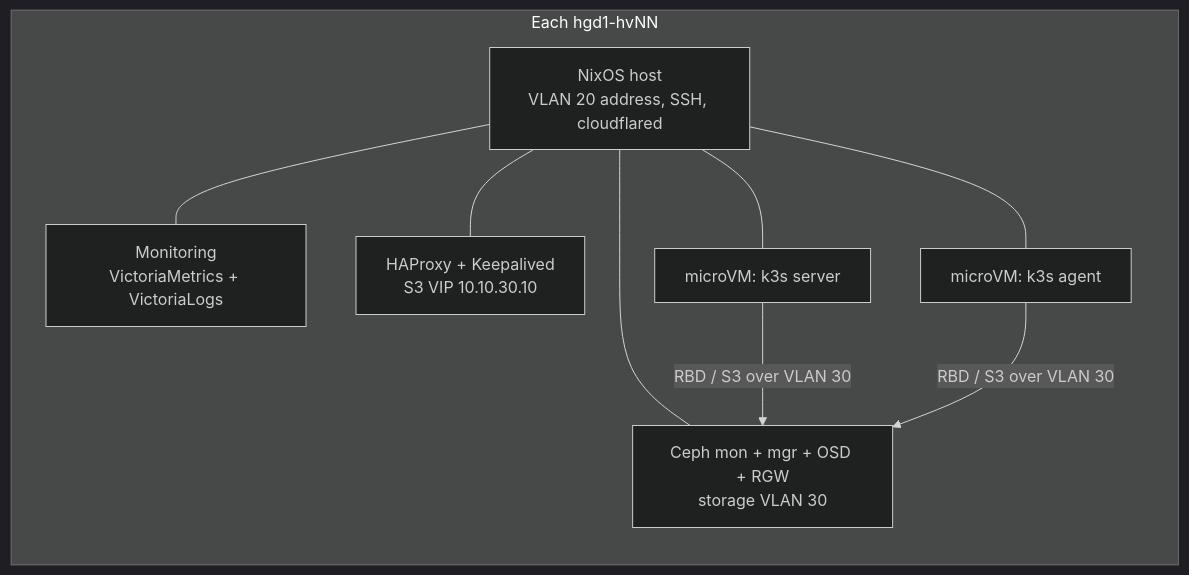
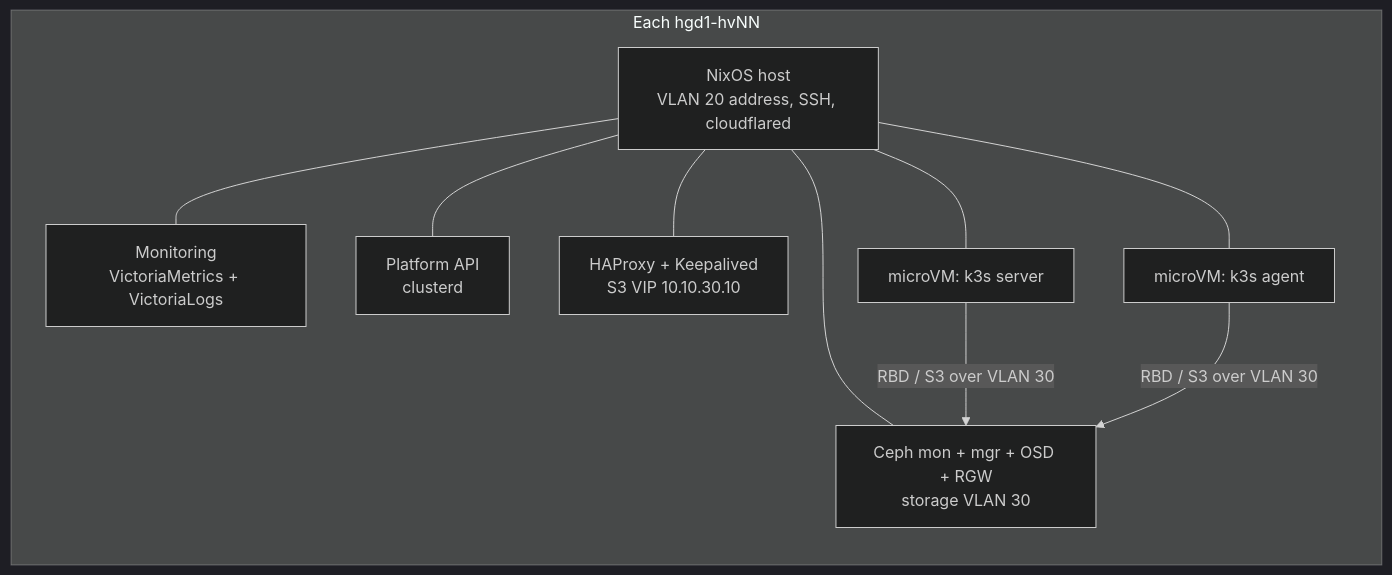
One commit to jurrebuunk/nix-cluster changed the diagram in docs/concepts/index.md. Above: the diagram before and after it, drawn with Mermaid (dark theme). The commit also changed other lines of this file and 29 other files, not shown here.

First line of the commit message:
Docs: Platform API, CLI and web UI (step 9); drop steps 6 and 8

````diff
--- a/docs/concepts/index.md
+++ b/docs/concepts/index.md
@@ -51,19 +51,21 @@
 ```mermaid
 flowchart TB
   subgraph node [Each hgd1-hvNN]
     direction TB
     os[NixOS host<br/>VLAN 20 address, SSH, cloudflared]
     ceph[Ceph mon + mgr + OSD + RGW<br/>storage VLAN 30]
     s3[HAProxy + Keepalived<br/>S3 VIP 10.10.30.10]
     vm1[microVM: k3s server]
     vm2[microVM: k3s agent]
     mon[Monitoring<br/>VictoriaMetrics + VictoriaLogs]
+    api[Platform API<br/>clusterd]
     os --- mon
+    os --- api
     os --- ceph
     os --- s3
     os --- vm1
     os --- vm2
   end
   vm1 -- RBD / S3 over VLAN 30 --> ceph
   vm2 -- RBD / S3 over VLAN 30 --> ceph
 ```
````
